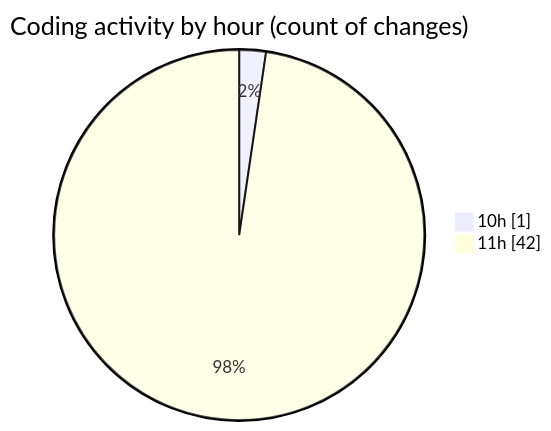
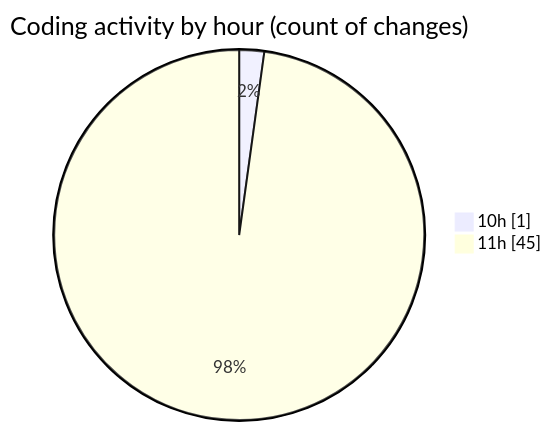
One commit to nxtqubesakshisongat/code-tracking changed the second of 2 diagrams in 2025-08-03/nxtqube_webapp/README.md. Above: the diagram before and after it, drawn with Mermaid. The commit also changed other lines of this file and 1 other file, not shown here.

````diff
--- a/2025-08-03/nxtqube_webapp/README.md
+++ b/2025-08-03/nxtqube_webapp/README.md
@@ -36,6 +36,6 @@
 ```mermaid
 pie showData
 title Coding activity by hour (count of changes)
 "10h" : 1
-"11h" : 42
+"11h" : 45
 ```
````
